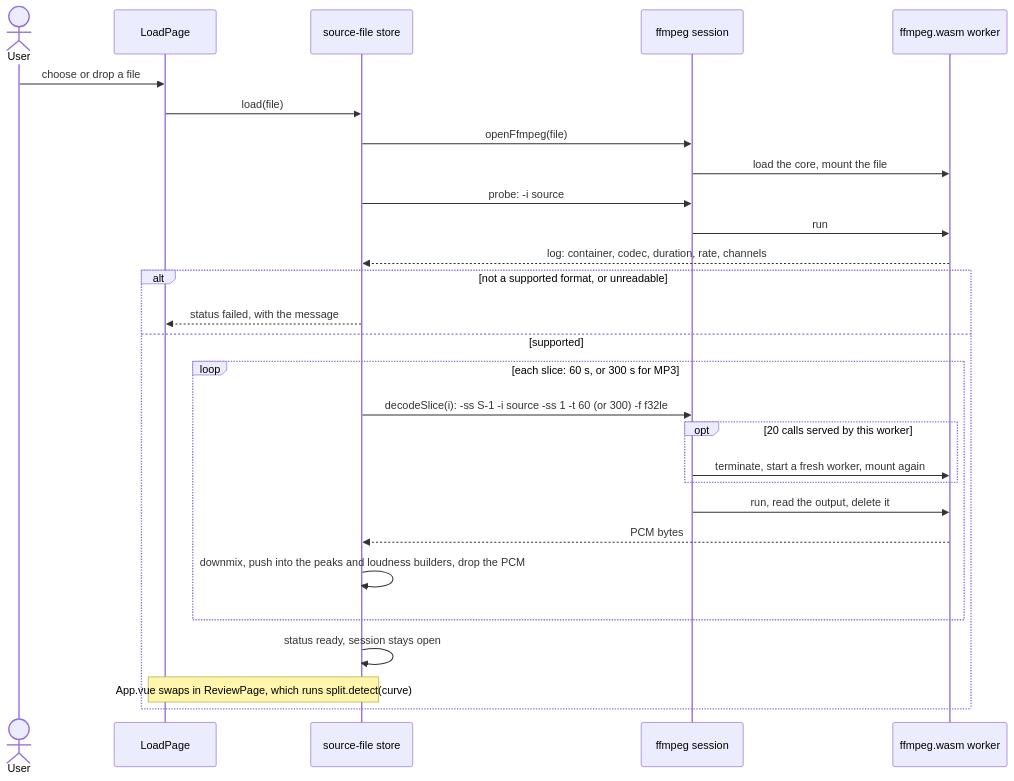
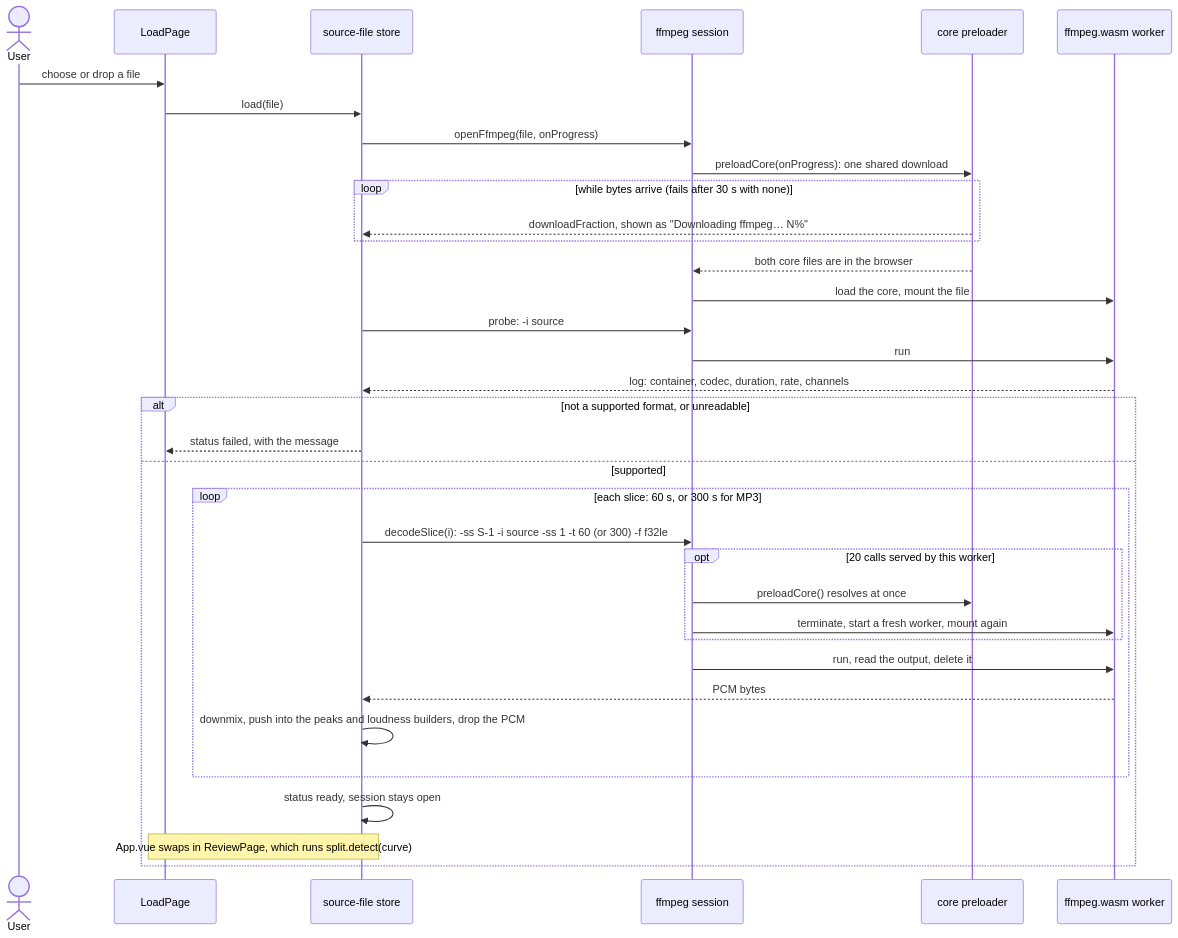
Before and after one commit to suleymanyaryev/audio-splitter: the second of 9 diagrams in docs/architecture.md, drawn with Mermaid. The commit also changed other lines of this file and 21 other files, not shown here.

First line of the commit message:
perf: show the ffmpeg core download and let a slow one finish

````diff
--- a/docs/architecture.md
+++ b/docs/architecture.md
@@ -64,31 +73,38 @@
 ```mermaid
 sequenceDiagram
   actor User
   participant page as LoadPage
   participant store as source-file store
   participant session as ffmpeg session
+  participant preloader as core preloader
   participant worker as ffmpeg.wasm worker
 
   User->>page: choose or drop a file
   page->>store: load(file)
-  store->>session: openFfmpeg(file)
+  store->>session: openFfmpeg(file, onProgress)
+  session->>preloader: preloadCore(onProgress): one shared download
+  loop while bytes arrive (fails after 30 s with none)
+    preloader-->>store: downloadFraction, shown as "Downloading ffmpeg… N%"
+  end
+  preloader-->>session: both core files are in the browser
   session->>worker: load the core, mount the file
   store->>session: probe: -i source
   session->>worker: run
   worker-->>store: log: container, codec, duration, rate, channels
   alt not a supported format, or unreadable
     store-->>page: status failed, with the message
   else supported
     loop each slice: 60 s, or 300 s for MP3
       store->>session: decodeSlice(i): -ss S-1 -i source -ss 1 -t 60 (or 300) -f f32le
       opt 20 calls served by this worker
+        session->>preloader: preloadCore() resolves at once
         session->>worker: terminate, start a fresh worker, mount again
       end
       session->>worker: run, read the output, delete it
       worker-->>store: PCM bytes
       store->>store: downmix, push into the peaks and loudness builders, drop the PCM
     end
     store->>store: status ready, session stays open
     Note over page,store: App.vue swaps in ReviewPage, which runs split.detect(curve)
   end
 ```
````
